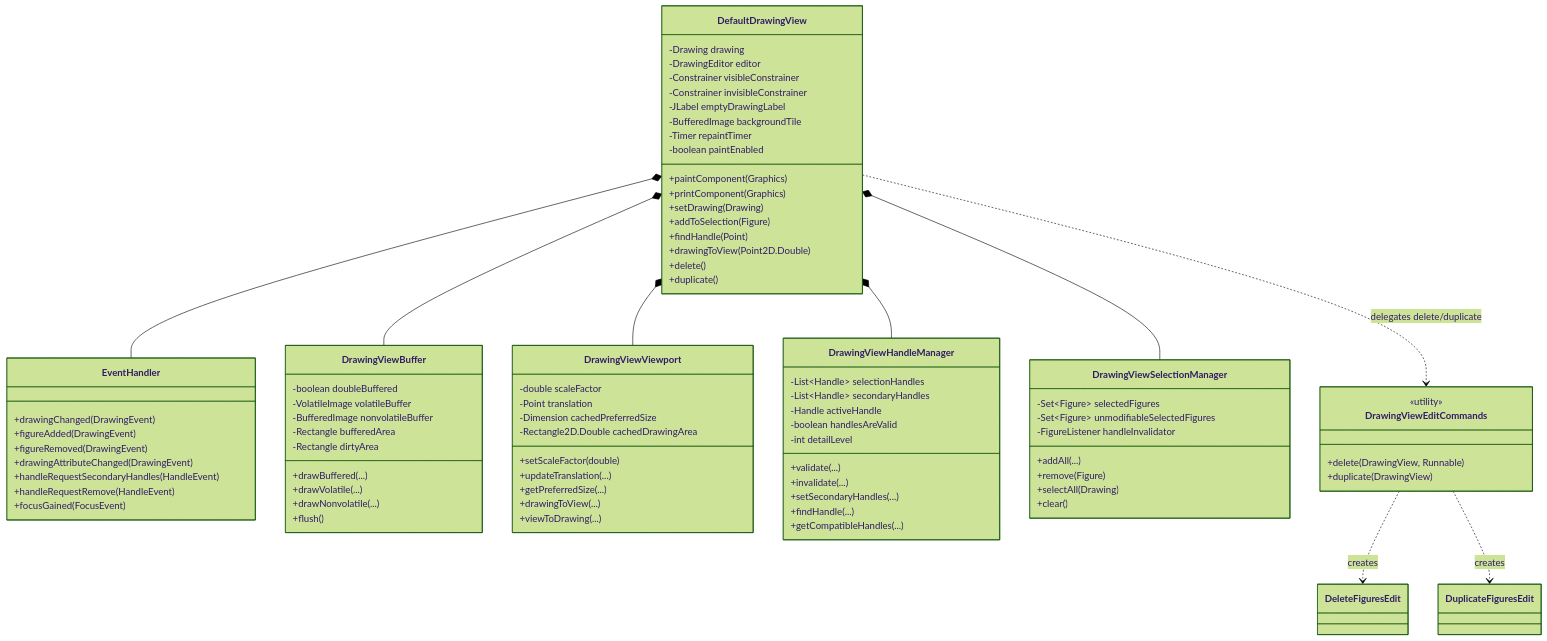
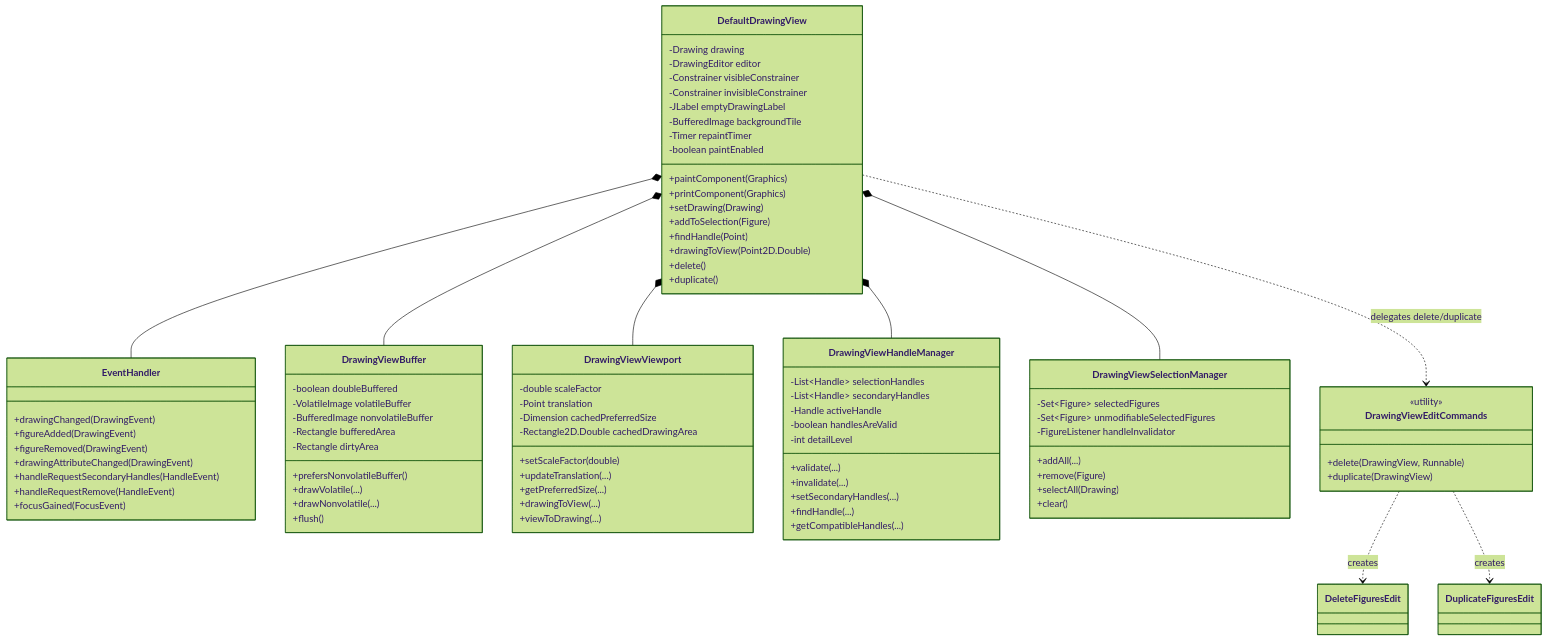
One commit to shazilhamzah/JHotDraw-SRE-Project changed the diagram in docs/shazil/refactoring-log.md. Above: the diagram before and after it, drawn with Mermaid (forest theme). The commit also changed other lines of this file and 11 other files, not shown here.

```diff
--- a/docs/shazil/refactoring-log.md
+++ b/docs/shazil/refactoring-log.md
@@ -39,7 +39,7 @@
         -BufferedImage nonvolatileBuffer
         -Rectangle bufferedArea
         -Rectangle dirtyArea
-        +drawBuffered(...)
+        +prefersNonvolatileBuffer()
         +drawVolatile(...)
         +drawNonvolatile(...)
         +flush()
```
